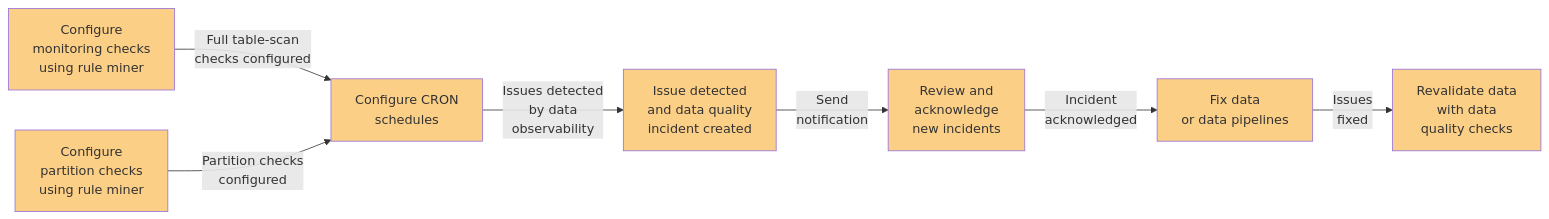
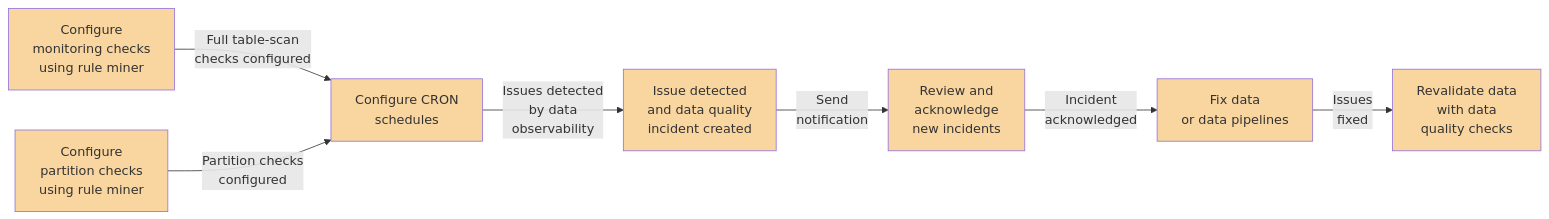
Before and after one commit to dqops/dqo: the fifth of 5 diagrams in docs/dqo-concepts/data-quality-process.md, drawn with Mermaid. The commit also changed other lines of this file, not shown here.

````diff
--- a/docs/dqo-concepts/data-quality-process.md
+++ b/docs/dqo-concepts/data-quality-process.md
@@ -173,11 +173,11 @@
 ``` mermaid
 graph LR
   MINE_MONITORING_CHECKS[Configure<br/>monitoring checks<br/>using rule miner]:::step --> |Full table-scan<br/>checks configured| CONFIGURE_CRON_SCHEDULES[Configure CRON<br/>schedules]:::step;
   MINE_PARTITION_CHECKS[Configure<br/>partition checks<br/>using rule miner]:::step --> |Partition checks<br/>configured| CONFIGURE_CRON_SCHEDULES;
   CONFIGURE_CRON_SCHEDULES --> |Issues detected<br/>by data<br/>observability| ISSUE_DETECTED[Issue detected<br/>and data quality<br/>incident created]:::step;
   ISSUE_DETECTED --> |Send<br/>notification| REVIEW_AND_CONFIRM_ISSUE[Review and<br/>acknowledge<br/>new incidents]:::step;
   REVIEW_AND_CONFIRM_ISSUE --> |Incident<br/>acknowledged| FIX_DATA[Fix data<br/>or data pipelines]:::step;
   FIX_DATA --> |Issues<br/>fixed| REVALIDATE_DATA_WITH_CHECKS[Revalidate data<br/>with data<br/>quality checks]:::step;
   
-  classDef step fill:#fccf86;
+  classDef step fill:#F9D59F;
 ```
````
